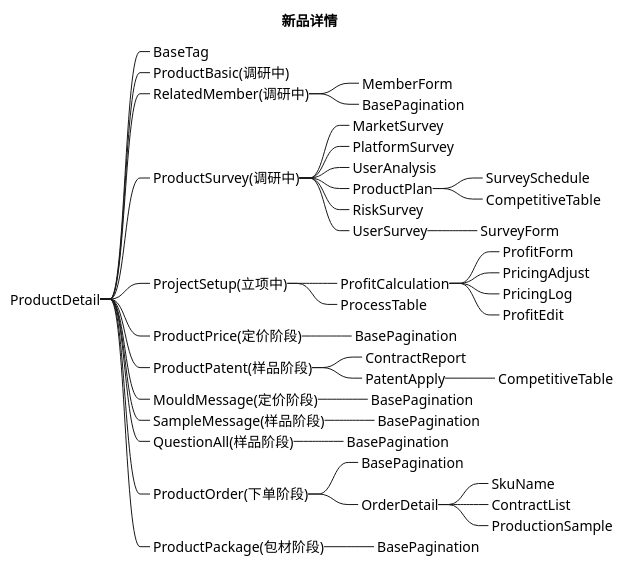
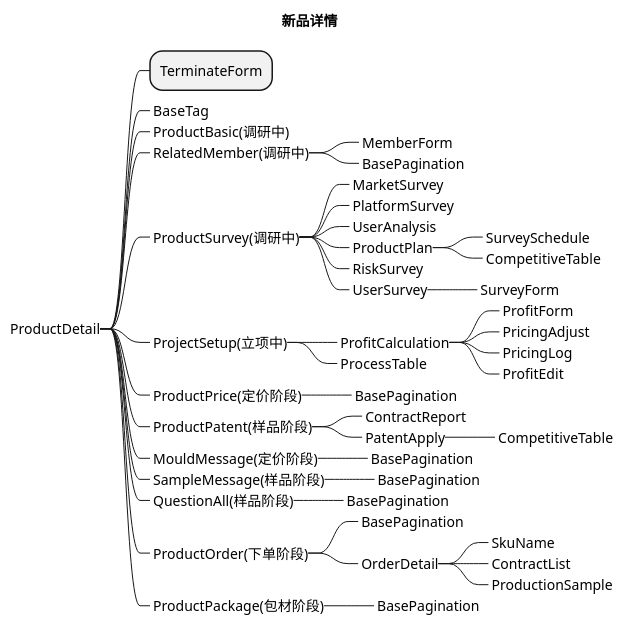
Before and after one commit to futurekidult/product: the second of 2 diagrams in docs/diagram/product/product.puml, drawn with PlantUML. The commit also changed 18 other files, not shown here.

```diff
--- a/docs/diagram/product/product.puml
+++ b/docs/diagram/product/product.puml
@@ -11,48 +11,49 @@
 @startmindmap
 title 新品详情
 
 +_ ProductDetail
+++ TerminateForm
 ++_ BaseTag
 ++_ ProductBasic(调研中)
 ++_ RelatedMember(调研中)
 +++_ MemberForm
 +++_ BasePagination
 ++_ ProductSurvey(调研中)
 +++_ MarketSurvey
 +++_ PlatformSurvey
 +++_ UserAnalysis
 +++_ ProductPlan
 ++++_ SurveySchedule
 ++++_ CompetitiveTable
 +++_ RiskSurvey
 +++_ UserSurvey
 ++++_ SurveyForm
 ++_ ProjectSetup(立项中)
 +++_ ProfitCalculation
 ++++_ ProfitForm
 ++++_ PricingAdjust
 ++++_ PricingLog
 ++++_ ProfitEdit
 +++_ ProcessTable
 ++_ ProductPrice(定价阶段)
 +++_ BasePagination
 ++_ ProductPatent(样品阶段)
 +++_ ContractReport
 +++_ PatentApply
 ++++_ CompetitiveTable
 ++_ MouldMessage(定价阶段)
 +++_ BasePagination
 ++_ SampleMessage(样品阶段)
 +++_ BasePagination
 ++_ QuestionAll(样品阶段)
 +++_ BasePagination
 ++_ ProductOrder(下单阶段)
 +++_ BasePagination
 +++_ OrderDetail
 ++++_ SkuName
 ++++_ ContractList
 ++++_ ProductionSample
 ++_ ProductPackage(包材阶段)
 +++_ BasePagination
 
 @endmindmap
```
